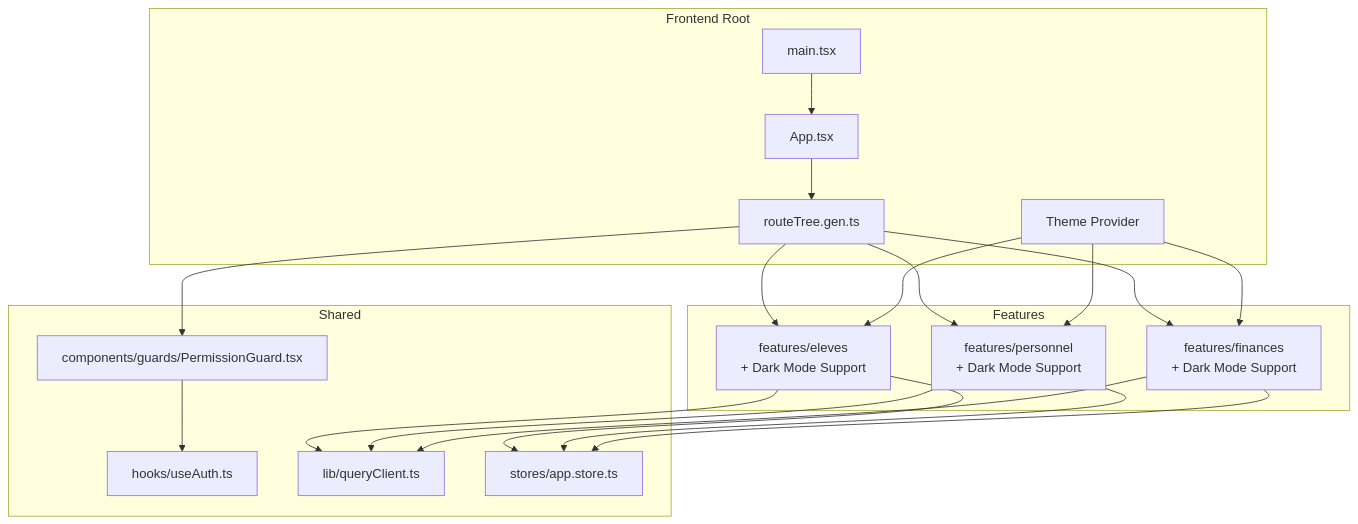
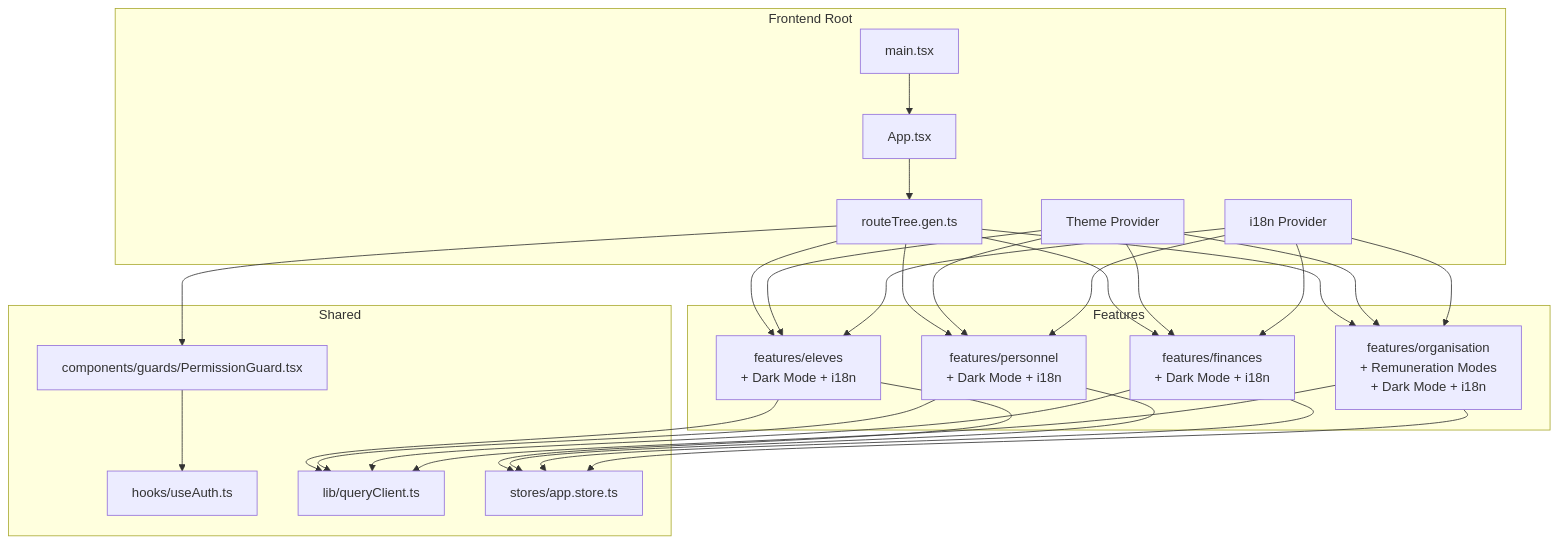
One commit to franckylab/eLISAschool changed the first of 10 diagrams in .qoder/repowiki/en/content/System Architecture/Frontend Architecture/Component Architecture/Feature-Specific Components.md. Above: the diagram before and after it, drawn with Mermaid. The commit also changed other lines of this file and 102 other files, not shown here.

````diff
--- a/.qoder/repowiki/en/content/System Architecture/Frontend Architecture/Component Architecture/Feature-Specific Components.md
+++ b/.qoder/repowiki/en/content/System Architecture/Frontend Architecture/Component Architecture/Feature-Specific Components.md
@@ -71,36 +76,46 @@
 ```mermaid
 graph TB
 subgraph "Frontend Root"
 App["App.tsx"]
 Main["main.tsx"]
 RTG["routeTree.gen.ts"]
 Theme["Theme Provider"]
+I18n["i18n Provider"]
 end
 subgraph "Features"
-Eleves["features/eleves<br/>+ Dark Mode Support"]
-Personnel["features/personnel<br/>+ Dark Mode Support"]
-Finances["features/finances<br/>+ Dark Mode Support"]
+Eleves["features/eleves<br/>+ Dark Mode + i18n"]
+Personnel["features/personnel<br/>+ Dark Mode + i18n"]
+Finances["features/finances<br/>+ Dark Mode + i18n"]
+Organisation["features/organisation<br/>+ Remuneration Modes<br/>+ Dark Mode + i18n"]
 end
 subgraph "Shared"
 Guards["components/guards/PermissionGuard.tsx"]
 AuthHook["hooks/useAuth.ts"]
 QueryClient["lib/queryClient.ts"]
 AppStore["stores/app.store.ts"]
 end
 App --> RTG
 Main --> App
 RTG --> Eleves
 RTG --> Personnel
 RTG --> Finances
+RTG --> Organisation
 Theme --> Eleves
 Theme --> Personnel
 Theme --> Finances
+Theme --> Organisation
+I18n --> Eleves
+I18n --> Personnel
+I18n --> Finances
+I18n --> Organisation
 Eleves --> QueryClient
 Personnel --> QueryClient
 Finances --> QueryClient
+Organisation --> QueryClient
 Eleves --> AppStore
 Personnel --> AppStore
 Finances --> AppStore
+Organisation --> AppStore
 RTG --> Guards
 Guards --> AuthHook
 ```
````
